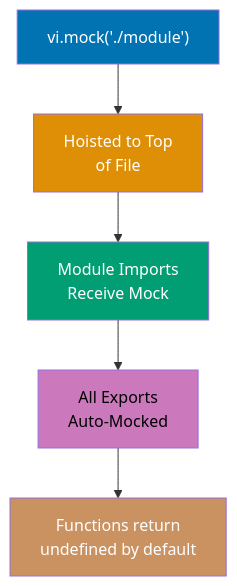
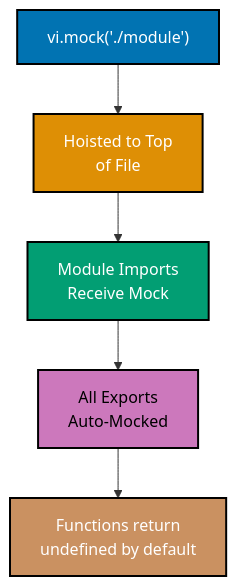
The first of 9 diagrams in apps/ayokoding-web/content/en/learn/software-engineering/automation-testing/tools/vitest/by-example/intermediate.md (wahidyankf/open-sharia-enterprise), drawn with Mermaid before and after one commit. The commit also changed other lines of this file and 13 other files, not shown here.

````diff
--- a/apps/ayokoding-web/content/en/learn/software-engineering/automation-testing/tools/vitest/by-example/intermediate.md
+++ b/apps/ayokoding-web/content/en/learn/software-engineering/automation-testing/tools/vitest/by-example/intermediate.md
@@ -18,14 +18,14 @@
 ```mermaid
 %% Color Palette: Blue #0173B2, Orange #DE8F05, Teal #029E73, Purple #CC78BC, Brown #CA9161
 graph TD
     A["vi.mock#40;'./module'#41;"] --> B["Hoisted to Top<br/>of File"]
     B --> C["Module Imports<br/>Receive Mock"]
     C --> D["All Exports<br/>Auto-Mocked"]
     D --> E["Functions return<br/>undefined by default"]
 
-    style A fill:#0173B2,color:#fff
-    style B fill:#DE8F05,color:#fff
-    style C fill:#029E73,color:#fff
-    style D fill:#CC78BC,color:#000
-    style E fill:#CA9161,color:#fff
+    style A fill:#0173B2,stroke:#000000,stroke-width:2px,color:#fff
+    style B fill:#DE8F05,stroke:#000000,stroke-width:2px,color:#fff
+    style C fill:#029E73,stroke:#000000,stroke-width:2px,color:#fff
+    style D fill:#CC78BC,stroke:#000000,stroke-width:2px,color:#000
+    style E fill:#CA9161,stroke:#000000,stroke-width:2px,color:#fff
 ```
````
